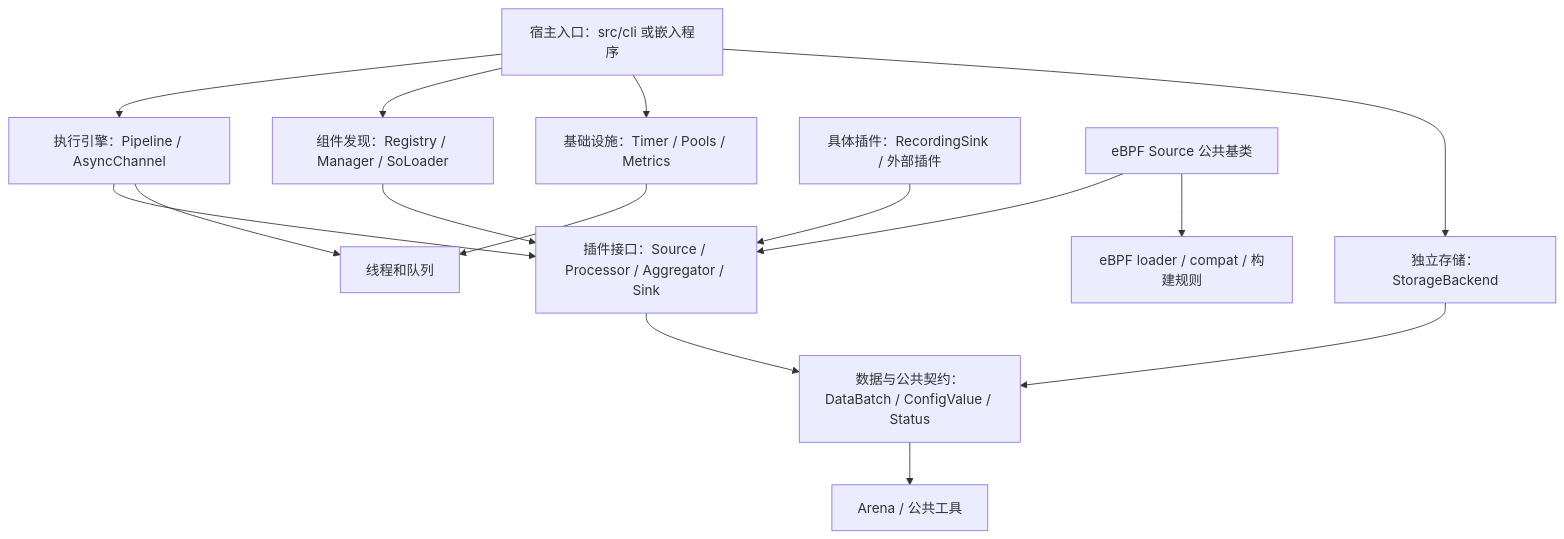
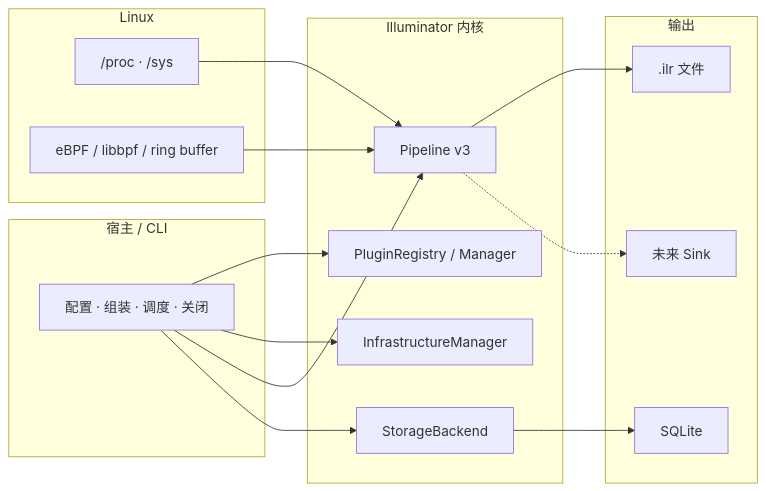
Before and after one commit to Franch-Toast/Scriptorium: the first of 4 diagrams in docs/document/撰修司/illuminator性能监控平台/设计方案/01-overall-architecture.md, drawn with Mermaid. The commit also changed other lines of this file and 20 other files, not shown here.

````diff
--- a/docs/document/撰修司/illuminator性能监控平台/设计方案/01-overall-architecture.md
+++ b/docs/document/撰修司/illuminator性能监控平台/设计方案/01-overall-architecture.md
@@ -19,19 +33,31 @@
 ```mermaid
 %%{init: {"flowchart":{"useMaxWidth":false,"htmlLabels":false}}}%%
-flowchart TB
-    H[宿主入口：src/cli 或嵌入程序]
-    H --> E[执行引擎：Pipeline / AsyncChannel]
-    H --> L[组件发现：Registry / Manager / SoLoader]
-    H --> I[基础设施：Timer / Pools / Metrics]
-    H --> ST[独立存储：StorageBackend]
-    E --> A[插件接口：Source / Processor / Aggregator / Sink]
-    L --> A
-    IM[具体插件：RecordingSink / 外部插件] --> A
-    A --> D[数据与公共契约：DataBatch / ConfigValue / Status]
-    ST --> D
-    D --> M[Arena / 公共工具]
-    E --> TH[线程和队列]
-    I --> TH
-    EB[eBPF Source 公共基类] --> A
-    EB --> BPF[eBPF loader / compat / 构建规则]
+flowchart LR
+    subgraph HOST["宿主 / CLI"]
+        H["配置 · 组装 · 调度 · 关闭"]
+    end
+    subgraph IL["Illuminator 内核"]
+        P["Pipeline v3"]
+        R["PluginRegistry / Manager"]
+        I["InfrastructureManager"]
+        ST["StorageBackend"]
+    end
+    subgraph KERNEL["Linux"]
+        PROC["/proc · /sys"]
+        BPF["eBPF / libbpf / ring buffer"]
+    end
+    subgraph OUT["输出"]
+        ILR[".ilr 文件"]
+        DB["SQLite"]
+        OTHER["未来 Sink"]
+    end
+    H --> R
+    H --> I
+    H --> P
+    H --> ST
+    PROC --> P
+    BPF --> P
+    P --> ILR
+    ST --> DB
+    P -.-> OTHER
 ```
````
